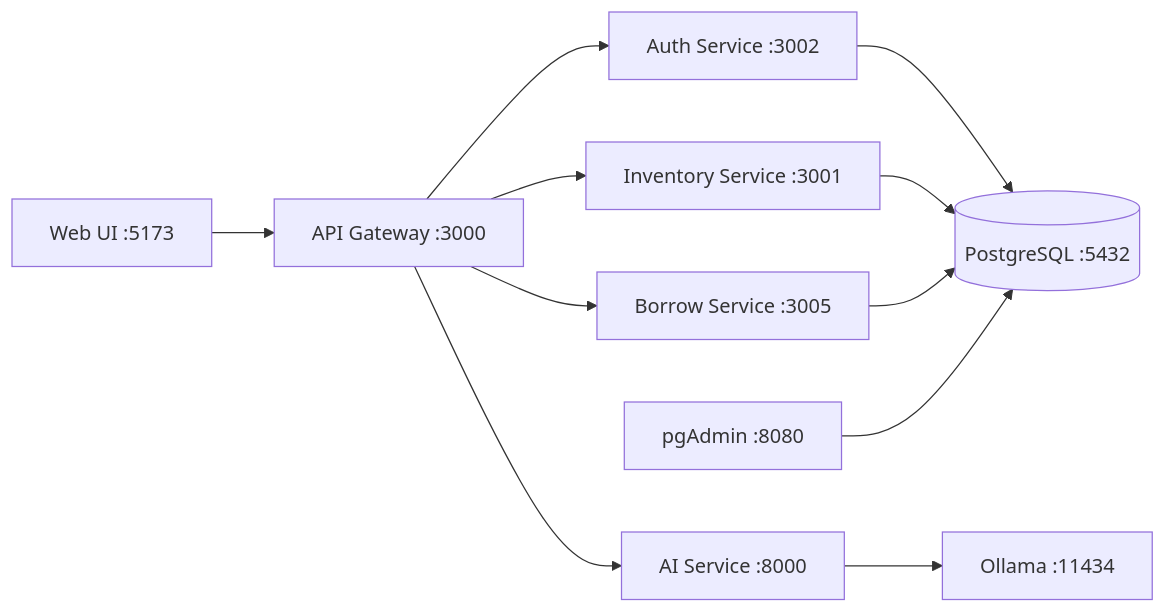
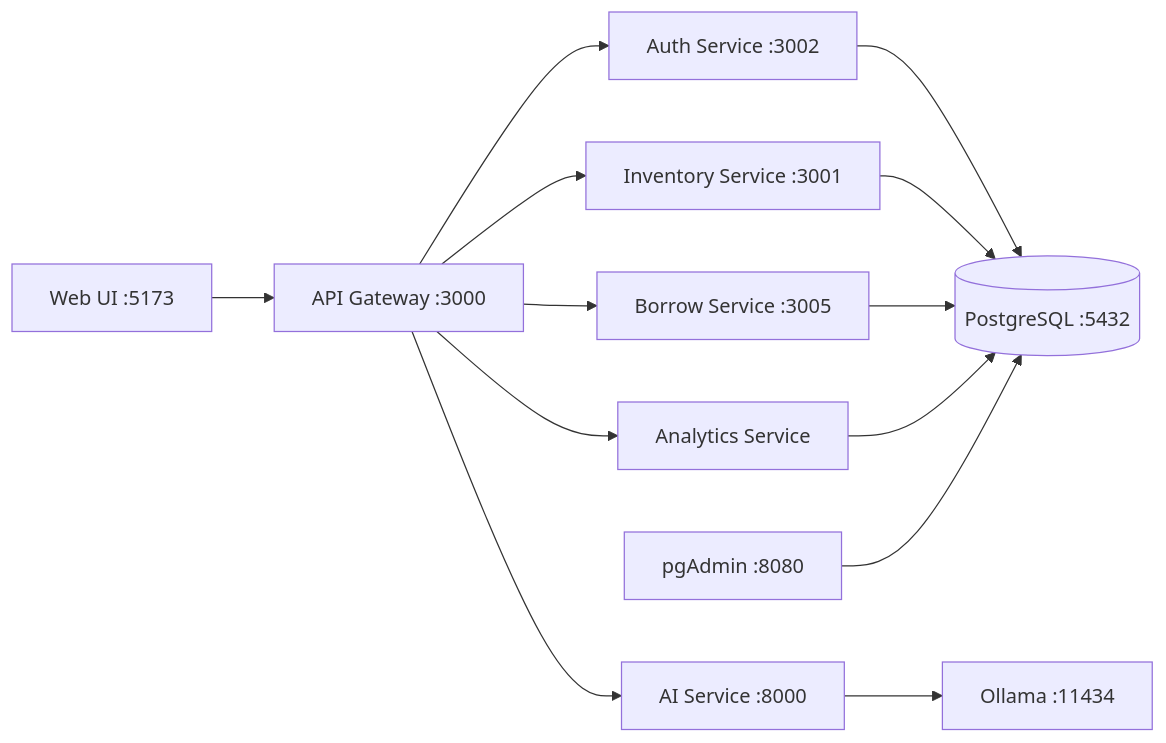
Before and after one commit to vinhhung04/smartbook-system: the first of 2 diagrams in README.md, drawn with Mermaid. The commit also changed other lines of this file, not shown here.

````diff
--- a/README.md
+++ b/README.md
@@ -31,15 +52,18 @@
 ```mermaid
 flowchart LR
     UI["Web UI :5173"] --> GW["API Gateway :3000"]
 
     GW --> AUTH["Auth Service :3002"]
     GW --> INV["Inventory Service :3001"]
     GW --> BORROW["Borrow Service :3005"]
     GW --> AI["AI Service :8000"]
+    GW --> ANA["Analytics Service"]
 
     AUTH --> PG[("PostgreSQL :5432")]
     INV --> PG
     BORROW --> PG
+    ANA --> PG
+
     AI --> OLLAMA["Ollama :11434"]
     PGADMIN["pgAdmin :8080"] --> PG
 ```
````
